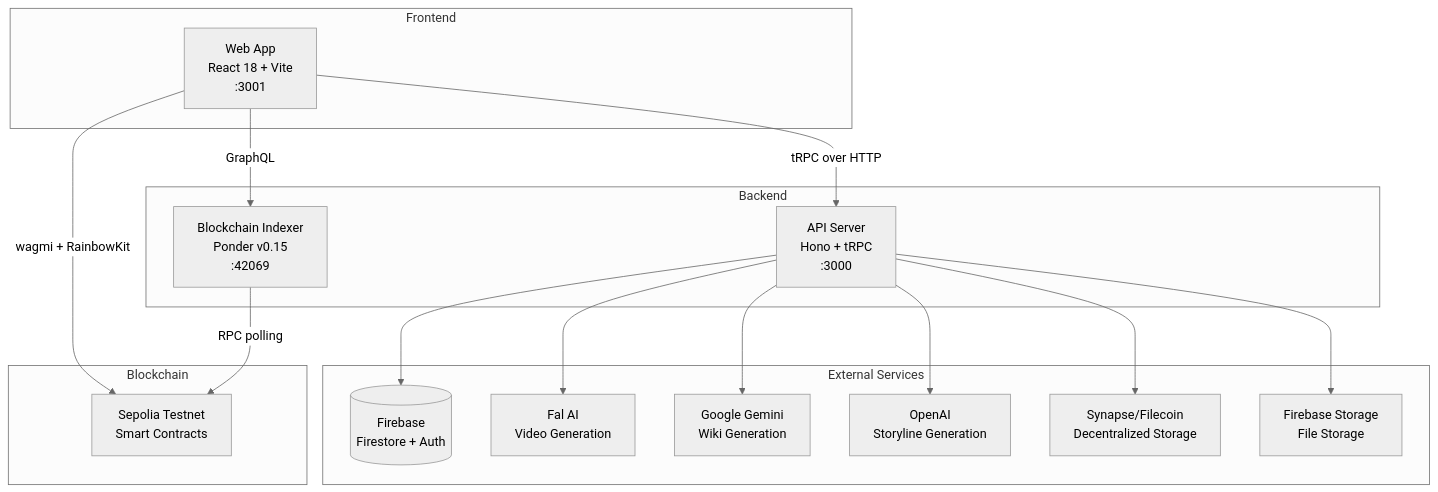
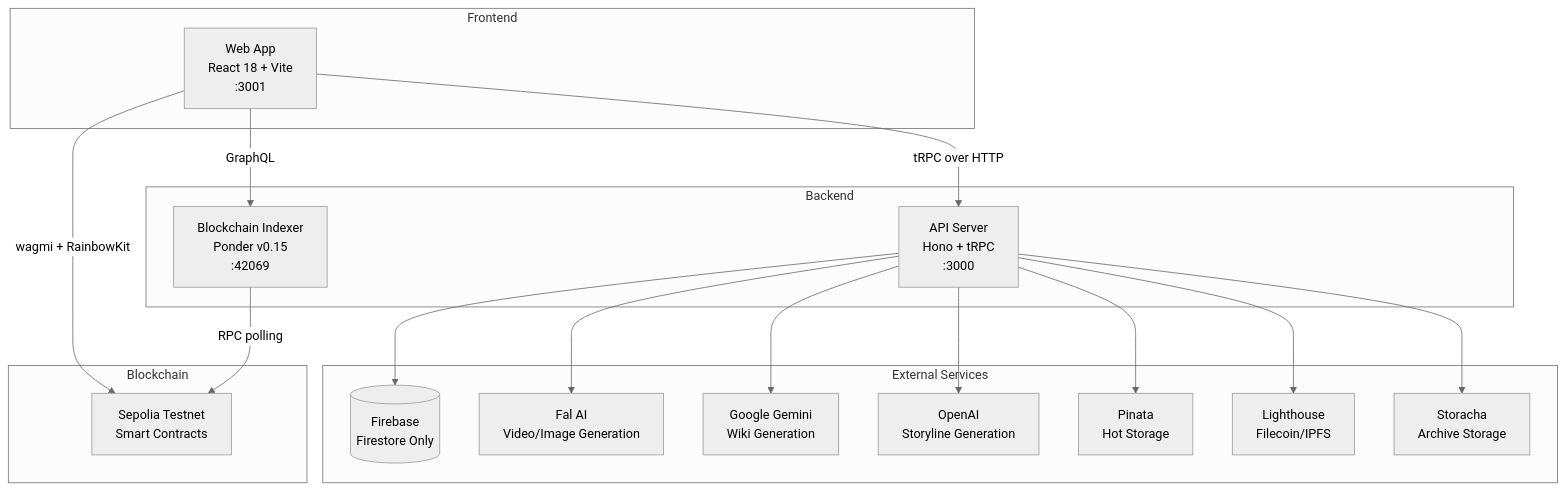
One commit to EcosystemNetwork/loar changed the first of 2 diagrams in docs/architecture.md. Above: the diagram before and after it, drawn with Mermaid (neutral theme). The commit also changed other lines of this file and 33 other files, not shown here.

````diff
--- a/docs/architecture.md
+++ b/docs/architecture.md
@@ -5,37 +5,39 @@
 ```mermaid
 graph TD
     subgraph Frontend
         WEB[Web App<br/>React 18 + Vite<br/>:3001]
     end
 
     subgraph Backend
         SERVER[API Server<br/>Hono + tRPC<br/>:3000]
         INDEXER[Blockchain Indexer<br/>Ponder v0.15<br/>:42069]
     end
 
     subgraph External Services
-        FIREBASE[(Firebase<br/>Firestore + Auth)]
-        FAL[Fal AI<br/>Video Generation]
+        FIREBASE[(Firebase<br/>Firestore Only)]
+        FAL[Fal AI<br/>Video/Image Generation]
         GEMINI[Google Gemini<br/>Wiki Generation]
         OPENAI[OpenAI<br/>Storyline Generation]
-        SYNAPSE[Synapse/Filecoin<br/>Decentralized Storage]
-        FB_STORAGE[Firebase Storage<br/>File Storage]
+        PINATA[Pinata<br/>Hot Storage]
+        LIGHTHOUSE[Lighthouse<br/>Filecoin/IPFS]
+        STORACHA[Storacha<br/>Archive Storage]
     end
 
     subgraph Blockchain
         SEPOLIA[Sepolia Testnet<br/>Smart Contracts]
     end
 
     WEB -->|tRPC over HTTP| SERVER
     WEB -->|GraphQL| INDEXER
     WEB -->|wagmi + RainbowKit| SEPOLIA
 
     SERVER --> FIREBASE
     SERVER --> FAL
     SERVER --> GEMINI
     SERVER --> OPENAI
-    SERVER --> SYNAPSE
-    SERVER --> FB_STORAGE
+    SERVER --> PINATA
+    SERVER --> LIGHTHOUSE
+    SERVER --> STORACHA
 
     INDEXER -->|RPC polling| SEPOLIA
 ```
````
